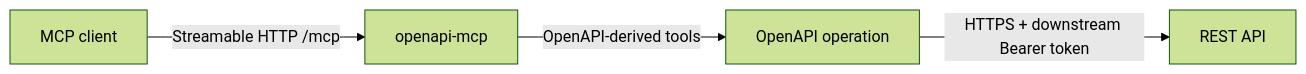
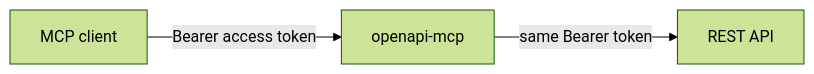
Before and after one commit to Kortasfa/openapi-mcp: the diagram in README.md, drawn with Mermaid (forest theme). The commit also changed other lines of this file and 11 other files, not shown here.

Commit message:
feat: curate iSpring MCP tools and forward client auth

````diff
--- a/README.md
+++ b/README.md
@@ -12,6 +12,5 @@
 ```mermaid
 flowchart LR
-  C[MCP client] -->|Streamable HTTP /mcp| S[openapi-mcp]
-  S -->|OpenAPI-derived tools| O[OpenAPI operation]
-  O -->|HTTPS + downstream Bearer token| A[REST API]
+  C[MCP client] -->|Bearer access token| S[openapi-mcp]
+  S -->|same Bearer token| A[REST API]
 ```
````
